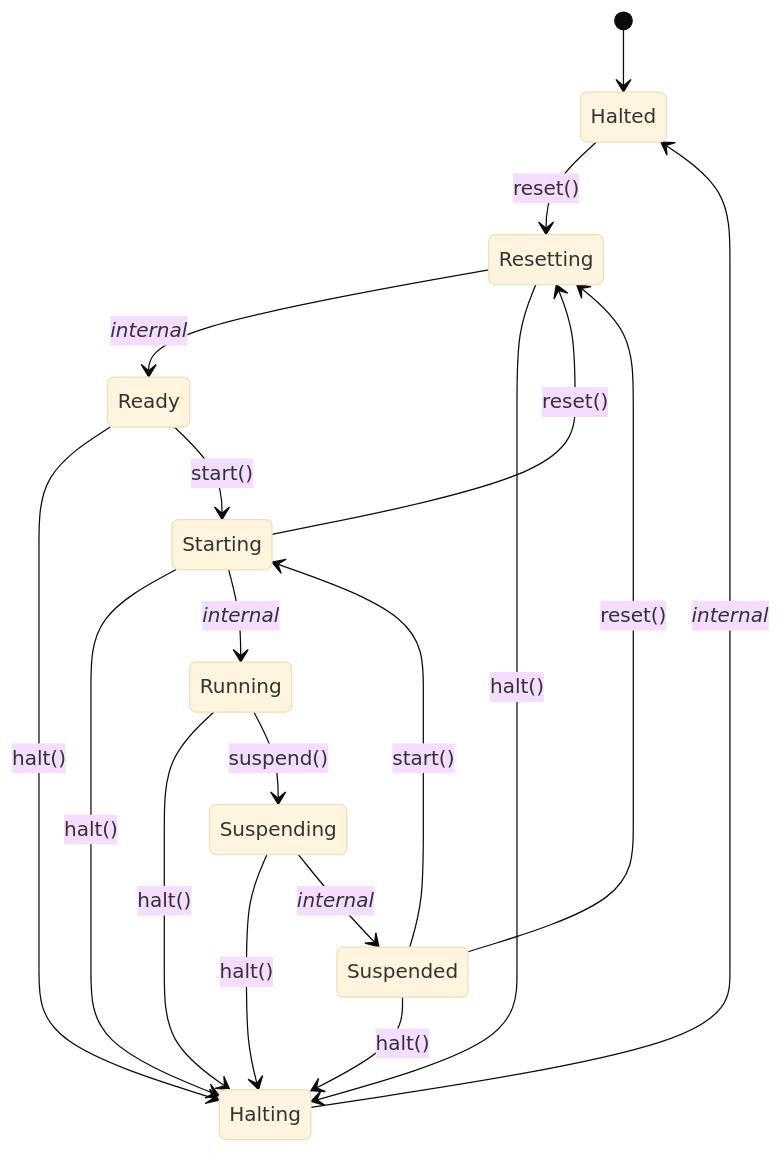
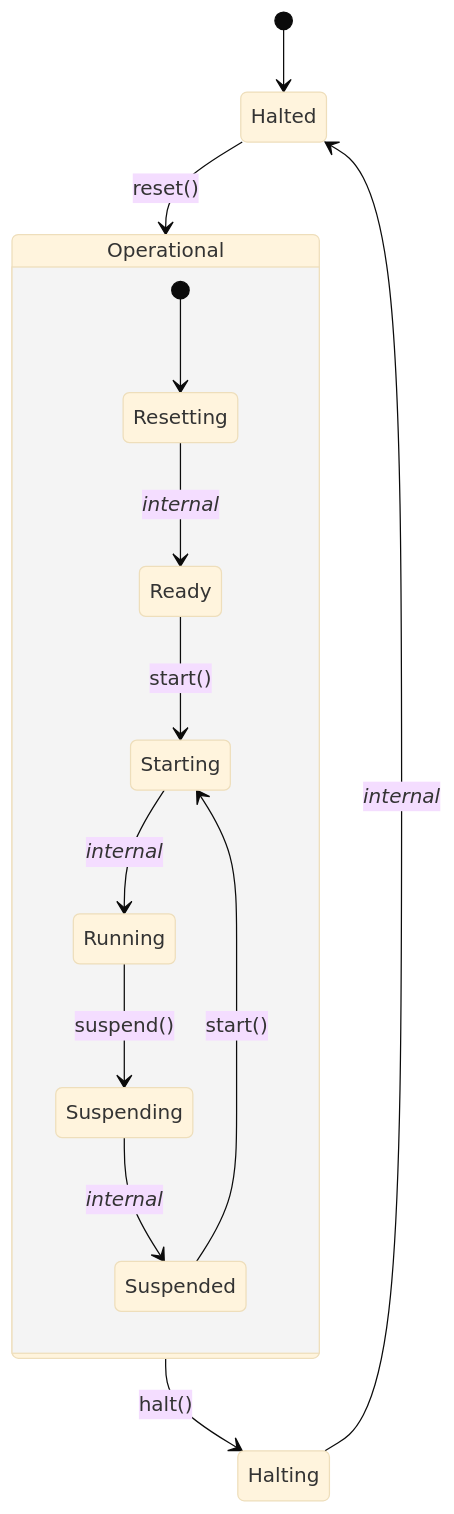
The second of 2 diagrams in docs/skills.md (SmartFactory-KL/opensmi-server), drawn with Mermaid (base theme) before and after one commit. The commit also changed other lines of this file and 1 other file, not shown here.

````diff
--- a/docs/skills.md
+++ b/docs/skills.md
@@ -94,21 +96,17 @@
 ```mermaid
 stateDiagram-v2
     [*] --> Halted
-    Halted --> Resetting: reset()
-    Starting --> Resetting: reset()
-    Suspended --> Resetting: reset()
-    Resetting --> Ready: _internal_
-    Ready --> Halting: halt()
-    Running --> Halting: halt()
-    Suspended --> Halting: halt()
-    Starting --> Halting: halt()
-    Resetting --> Halting: halt()
-    Suspending --> Halting: halt()
+    Halted --> Operational: reset()
+    Operational --> Halting: halt()
     Halting --> Halted: _internal_
-    Ready --> Starting: start()
-    Suspended --> Starting: start()
-    Starting --> Running: _internal_
-    Running --> Suspending: suspend()
-    Suspending --> Suspended: _internal_
 
+    state Operational {
+        [*] --> Resetting
+        Resetting --> Ready: _internal_
+        Ready --> Starting: start()
+        Starting --> Running: _internal_
+        Running --> Suspending: suspend()
+        Suspending --> Suspended: _internal_
+        Suspended --> Starting: start()
+    }
 ```
````
